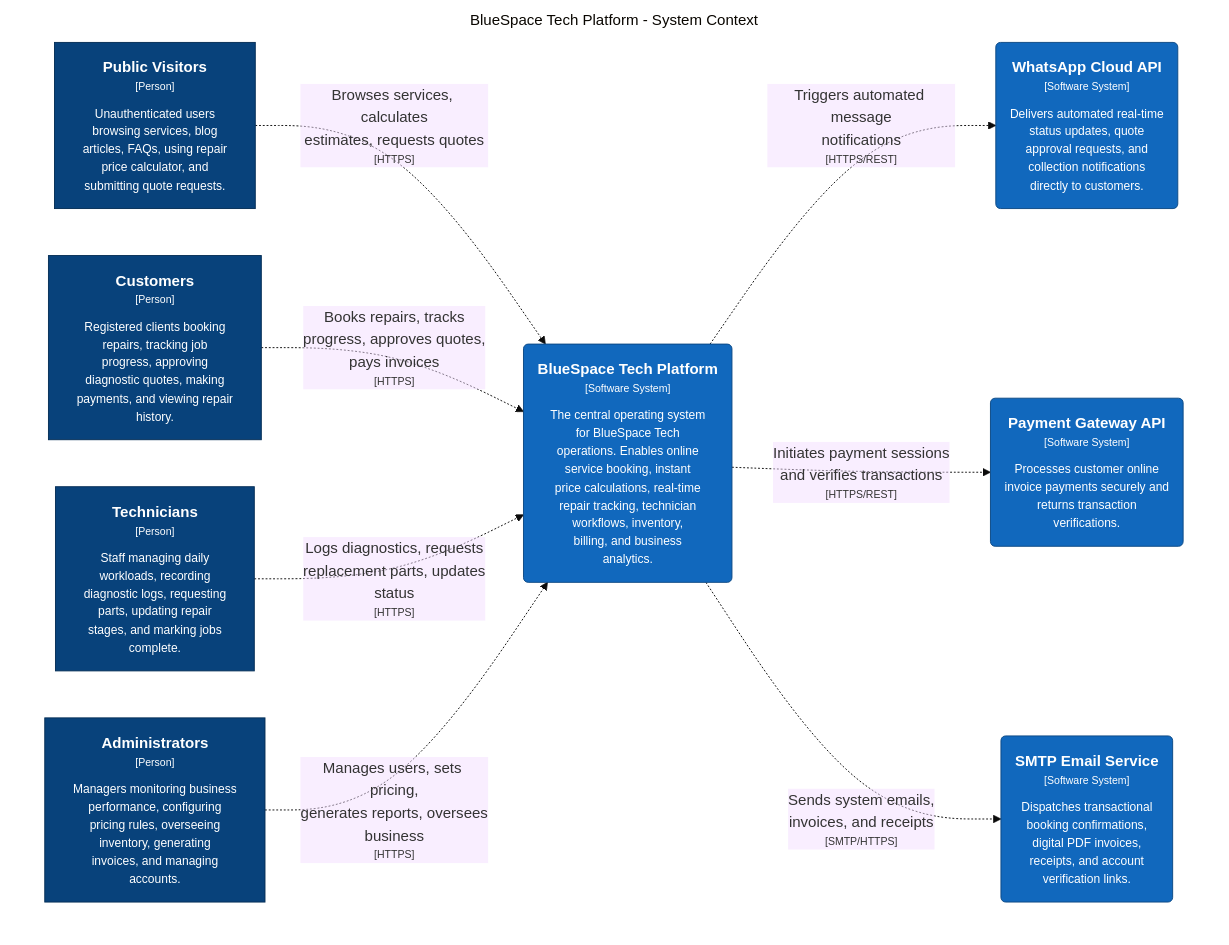
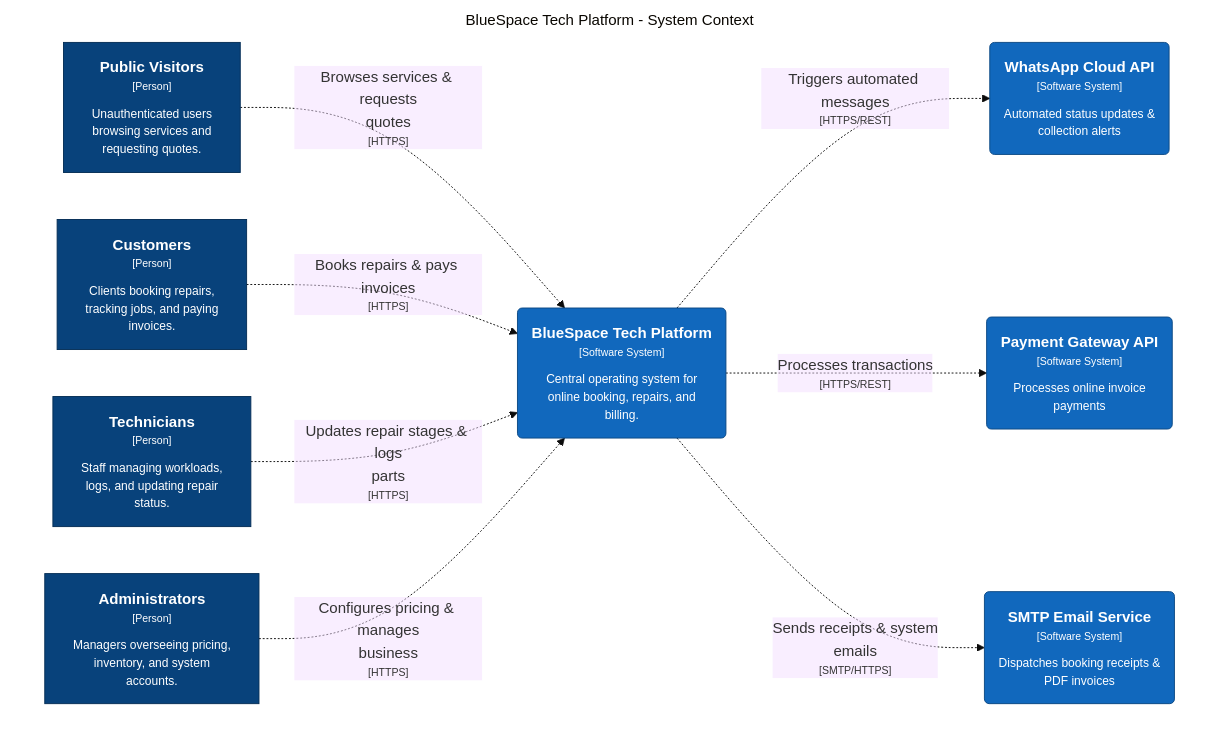
Before and after one commit to Luxolo2200/bluespace-tech-platform: the diagram in docs/architecture/diagrams/structurizr-SystemContext.mmd, drawn with Mermaid (base theme). The commit also changed 5 other files, not shown here.

Commit message:
chore(docs): auto-generate updated mermaid .mmd and .png diagrams

```diff
--- a/docs/architecture/diagrams/structurizr-SystemContext.mmd
+++ b/docs/architecture/diagrams/structurizr-SystemContext.mmd
@@ -1,31 +1,31 @@
 graph TB
   linkStyle default fill:#ffffff
 
   subgraph diagram ["BlueSpace Tech Platform - System Context"]
     style diagram fill:#ffffff,stroke:#ffffff
 
-    1["<div style='font-weight: bold'>Public Visitors</div><div style='font-size: 70%; margin-top: 0px'>[Person]</div><div style='font-size: 80%; margin-top:10px'>Unauthenticated users<br />browsing services, blog<br />articles, FAQs, using repair<br />price calculator, and<br />submitting quote requests.</div>"]
+    1["<div style='font-weight: bold'>Public Visitors</div><div style='font-size: 70%; margin-top: 0px'>[Person]</div><div style='font-size: 80%; margin-top:10px'>Unauthenticated users<br />browsing services and<br />requesting quotes.</div>"]
     style 1 fill:#08427b,stroke:#052e56,color:#ffffff
-    18("<div style='font-weight: bold'>WhatsApp Cloud API</div><div style='font-size: 70%; margin-top: 0px'>[Software System]</div><div style='font-size: 80%; margin-top:10px'>Delivers automated real-time<br />status updates, quote<br />approval requests, and<br />collection notifications<br />directly to customers.</div>")
+    18("<div style='font-weight: bold'>WhatsApp Cloud API</div><div style='font-size: 70%; margin-top: 0px'>[Software System]</div><div style='font-size: 80%; margin-top:10px'>Automated status updates &<br />collection alerts</div>")
     style 18 fill:#1168bd,stroke:#0b4884,color:#ffffff
-    19("<div style='font-weight: bold'>Payment Gateway API</div><div style='font-size: 70%; margin-top: 0px'>[Software System]</div><div style='font-size: 80%; margin-top:10px'>Processes customer online<br />invoice payments securely and<br />returns transaction<br />verifications.</div>")
+    19("<div style='font-weight: bold'>Payment Gateway API</div><div style='font-size: 70%; margin-top: 0px'>[Software System]</div><div style='font-size: 80%; margin-top:10px'>Processes online invoice<br />payments</div>")
     style 19 fill:#1168bd,stroke:#0b4884,color:#ffffff
-    2["<div style='font-weight: bold'>Customers</div><div style='font-size: 70%; margin-top: 0px'>[Person]</div><div style='font-size: 80%; margin-top:10px'>Registered clients booking<br />repairs, tracking job<br />progress, approving<br />diagnostic quotes, making<br />payments, and viewing repair<br />history.</div>"]
+    2["<div style='font-weight: bold'>Customers</div><div style='font-size: 70%; margin-top: 0px'>[Person]</div><div style='font-size: 80%; margin-top:10px'>Clients booking repairs,<br />tracking jobs, and paying<br />invoices.</div>"]
     style 2 fill:#08427b,stroke:#052e56,color:#ffffff
-    20("<div style='font-weight: bold'>SMTP Email Service</div><div style='font-size: 70%; margin-top: 0px'>[Software System]</div><div style='font-size: 80%; margin-top:10px'>Dispatches transactional<br />booking confirmations,<br />digital PDF invoices,<br />receipts, and account<br />verification links.</div>")
+    20("<div style='font-weight: bold'>SMTP Email Service</div><div style='font-size: 70%; margin-top: 0px'>[Software System]</div><div style='font-size: 80%; margin-top:10px'>Dispatches booking receipts &<br />PDF invoices</div>")
     style 20 fill:#1168bd,stroke:#0b4884,color:#ffffff
-    3["<div style='font-weight: bold'>Technicians</div><div style='font-size: 70%; margin-top: 0px'>[Person]</div><div style='font-size: 80%; margin-top:10px'>Staff managing daily<br />workloads, recording<br />diagnostic logs, requesting<br />parts, updating repair<br />stages, and marking jobs<br />complete.</div>"]
+    3["<div style='font-weight: bold'>Technicians</div><div style='font-size: 70%; margin-top: 0px'>[Person]</div><div style='font-size: 80%; margin-top:10px'>Staff managing workloads,<br />logs, and updating repair<br />status.</div>"]
     style 3 fill:#08427b,stroke:#052e56,color:#ffffff
-    4["<div style='font-weight: bold'>Administrators</div><div style='font-size: 70%; margin-top: 0px'>[Person]</div><div style='font-size: 80%; margin-top:10px'>Managers monitoring business<br />performance, configuring<br />pricing rules, overseeing<br />inventory, generating<br />invoices, and managing<br />accounts.</div>"]
+    4["<div style='font-weight: bold'>Administrators</div><div style='font-size: 70%; margin-top: 0px'>[Person]</div><div style='font-size: 80%; margin-top:10px'>Managers overseeing pricing,<br />inventory, and system<br />accounts.</div>"]
     style 4 fill:#08427b,stroke:#052e56,color:#ffffff
-    5("<div style='font-weight: bold'>BlueSpace Tech Platform</div><div style='font-size: 70%; margin-top: 0px'>[Software System]</div><div style='font-size: 80%; margin-top:10px'>The central operating system<br />for BlueSpace Tech<br />operations. Enables online<br />service booking, instant<br />price calculations, real-time<br />repair tracking, technician<br />workflows, inventory,<br />billing, and business<br />analytics.</div>")
+    5("<div style='font-weight: bold'>BlueSpace Tech Platform</div><div style='font-size: 70%; margin-top: 0px'>[Software System]</div><div style='font-size: 80%; margin-top:10px'>Central operating system for<br />online booking, repairs, and<br />billing.</div>")
     style 5 fill:#1168bd,stroke:#0b4884,color:#ffffff
 
-    1-. "<div>Browses services, calculates<br />estimates, requests quotes</div><div style='font-size: 70%'>[HTTPS]</div>" .->5
-    2-. "<div>Books repairs, tracks<br />progress, approves quotes,<br />pays invoices</div><div style='font-size: 70%'>[HTTPS]</div>" .->5
-    3-. "<div>Logs diagnostics, requests<br />replacement parts, updates<br />status</div><div style='font-size: 70%'>[HTTPS]</div>" .->5
-    4-. "<div>Manages users, sets pricing,<br />generates reports, oversees<br />business</div><div style='font-size: 70%'>[HTTPS]</div>" .->5
-    5-. "<div>Triggers automated message<br />notifications</div><div style='font-size: 70%'>[HTTPS/REST]</div>" .->18
-    5-. "<div>Initiates payment sessions<br />and verifies transactions</div><div style='font-size: 70%'>[HTTPS/REST]</div>" .->19
-    5-. "<div>Sends system emails,<br />invoices, and receipts</div><div style='font-size: 70%'>[SMTP/HTTPS]</div>" .->20
+    1-. "<div>Browses services & requests<br />quotes</div><div style='font-size: 70%'>[HTTPS]</div>" .->5
+    2-. "<div>Books repairs & pays invoices</div><div style='font-size: 70%'>[HTTPS]</div>" .->5
+    3-. "<div>Updates repair stages & logs<br />parts</div><div style='font-size: 70%'>[HTTPS]</div>" .->5
+    4-. "<div>Configures pricing & manages<br />business</div><div style='font-size: 70%'>[HTTPS]</div>" .->5
+    5-. "<div>Triggers automated messages</div><div style='font-size: 70%'>[HTTPS/REST]</div>" .->18
+    5-. "<div>Processes transactions</div><div style='font-size: 70%'>[HTTPS/REST]</div>" .->19
+    5-. "<div>Sends receipts & system<br />emails</div><div style='font-size: 70%'>[SMTP/HTTPS]</div>" .->20
   end
```
